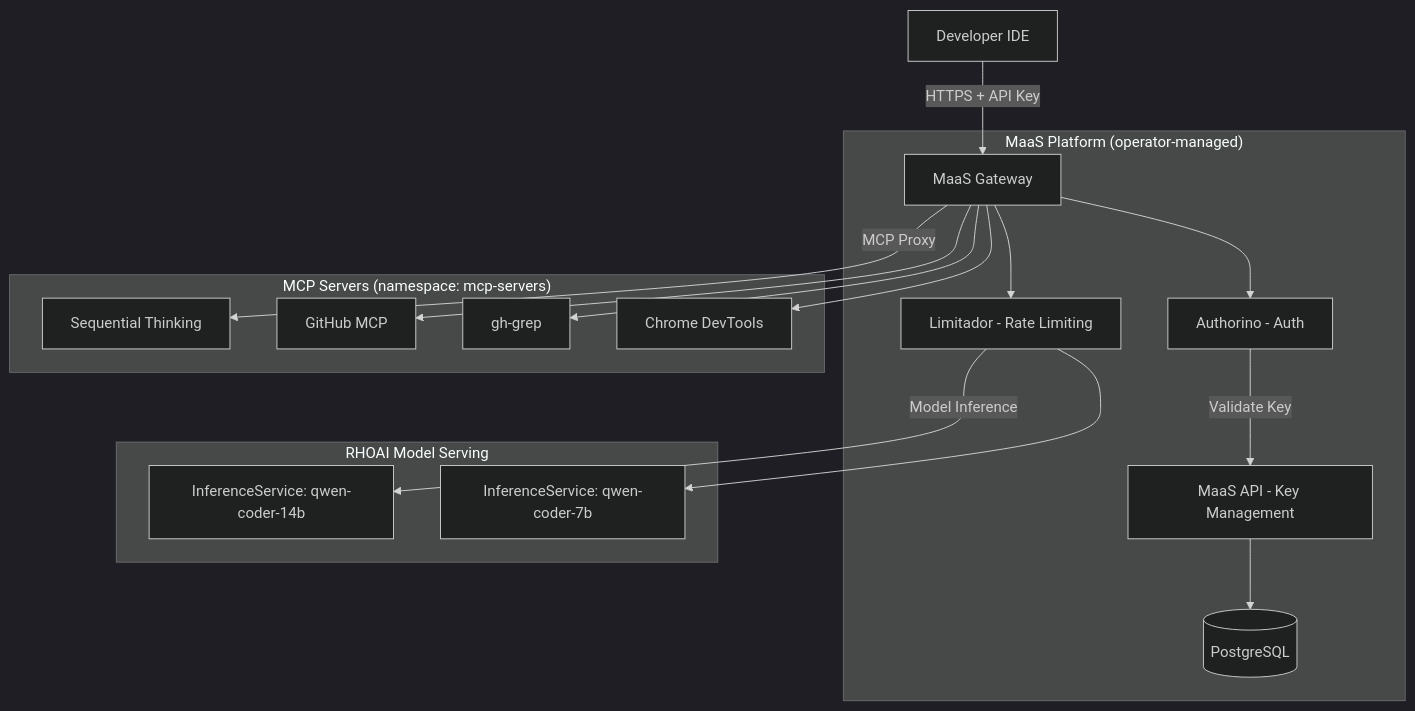
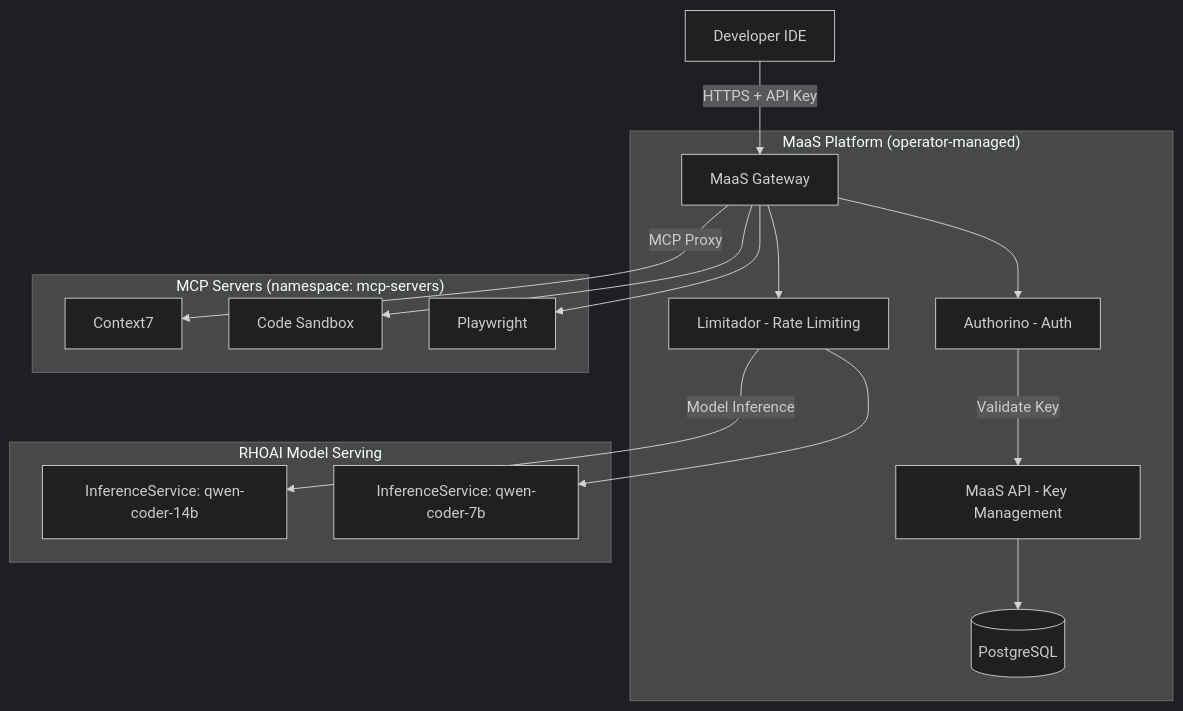
Before and after one commit to hyogrin/rhoai-coding-assistant-lab: the third of 3 diagrams in 2_ai_gateway/1_maas_overview.md, drawn with Mermaid (dark theme). The commit also changed 18 other files, not shown here.

First line of the commit message:
Remove gh-grep, github, sequential-thinking MCP servers

````diff
--- a/2_ai_gateway/1_maas_overview.md
+++ b/2_ai_gateway/1_maas_overview.md
@@ -47,34 +47,32 @@
 ```mermaid
 flowchart TB
     subgraph "MaaS Platform (operator-managed)"
         Gateway[MaaS Gateway]
         Authorino[Authorino - Auth]
         Limitador[Limitador - Rate Limiting]
         MaaSAPI[MaaS API - Key Management]
         PG[(PostgreSQL)]
         MaaSAPI --> PG
     end
 
     subgraph "RHOAI Model Serving"
         IS1[InferenceService: qwen-coder-14b]
         IS2[InferenceService: qwen-coder-7b]
     end
 
     subgraph "MCP Servers (namespace: mcp-servers)"
-        MCP1[Sequential Thinking]
-        MCP2[GitHub MCP]
-        MCP3[gh-grep]
-        MCP4[Chrome DevTools]
+        MCP1[Context7]
+        MCP2[Code Sandbox]
+        MCP3[Playwright]
     end
 
     IDE[Developer IDE] -->|HTTPS + API Key| Gateway
     Gateway --> Authorino
     Authorino -->|Validate Key| MaaSAPI
     Gateway --> Limitador
     Limitador -->|Model Inference| IS1
     Limitador --> IS2
     Gateway -->|MCP Proxy| MCP1
     Gateway --> MCP2
     Gateway --> MCP3
-    Gateway --> MCP4
 ```
````
